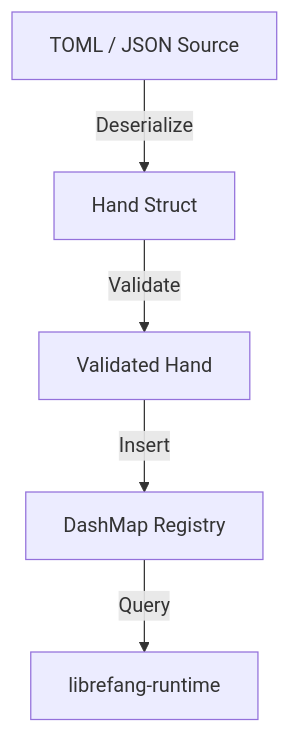
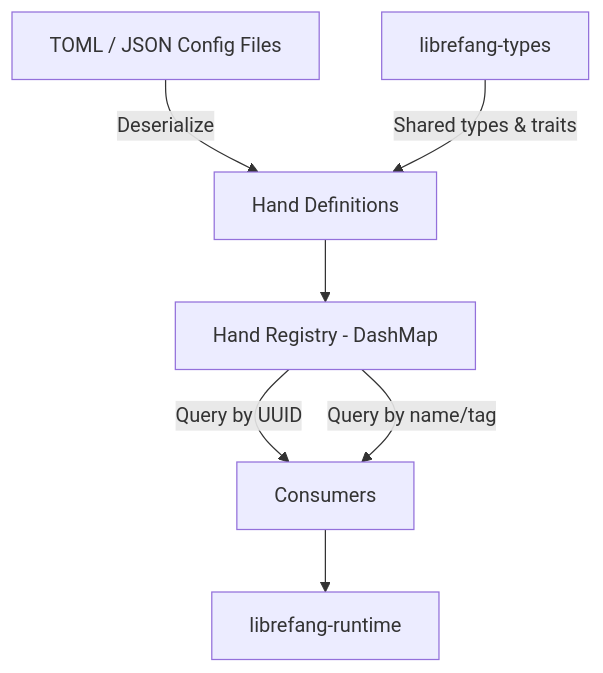
One commit to leszek3737/librefang-WIki changed the diagram in other-librefang-hands.md. Above: the diagram before and after it, drawn with Mermaid. The commit also changed other lines of this file and 120 other files, not shown here.

````diff
--- a/other-librefang-hands.md
+++ b/other-librefang-hands.md
@@ -40,7 +15,9 @@
 ```mermaid
 graph TD
-    A[TOML / JSON Source] -->|Deserialize| B[Hand Struct]
-    B -->|Validate| C[Validated Hand]
-    C -->|Insert| D[DashMap Registry]
-    D -->|Query| E[librefang-runtime]
+    A[TOML / JSON Config Files] -->|Deserialize| B[Hand Definitions]
+    B --> C[Hand Registry - DashMap]
+    C -->|Query by UUID| D[Consumers]
+    C -->|Query by name/tag| D
+    E[librefang-types] -->|Shared types & traits| B
+    D --> F[librefang-runtime]
 ```
````
